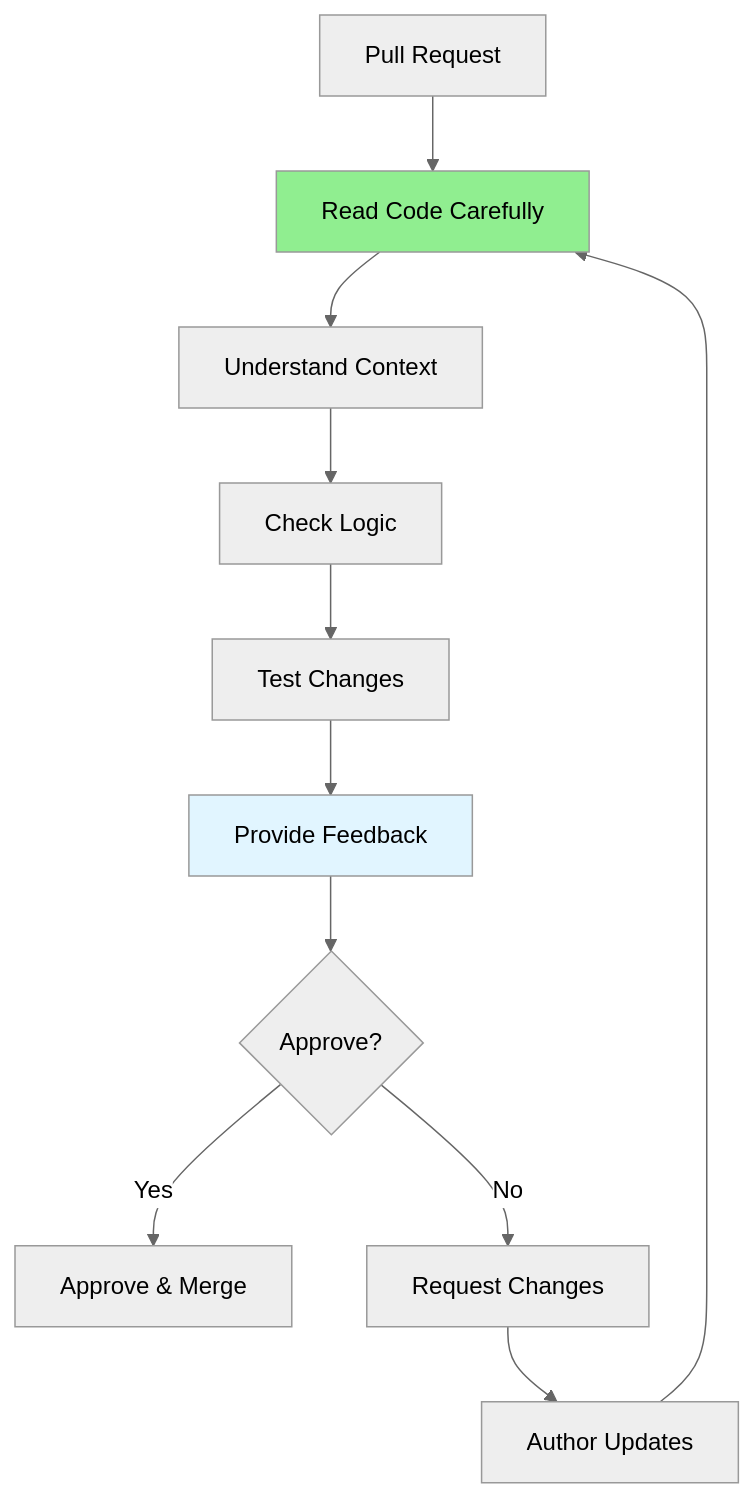
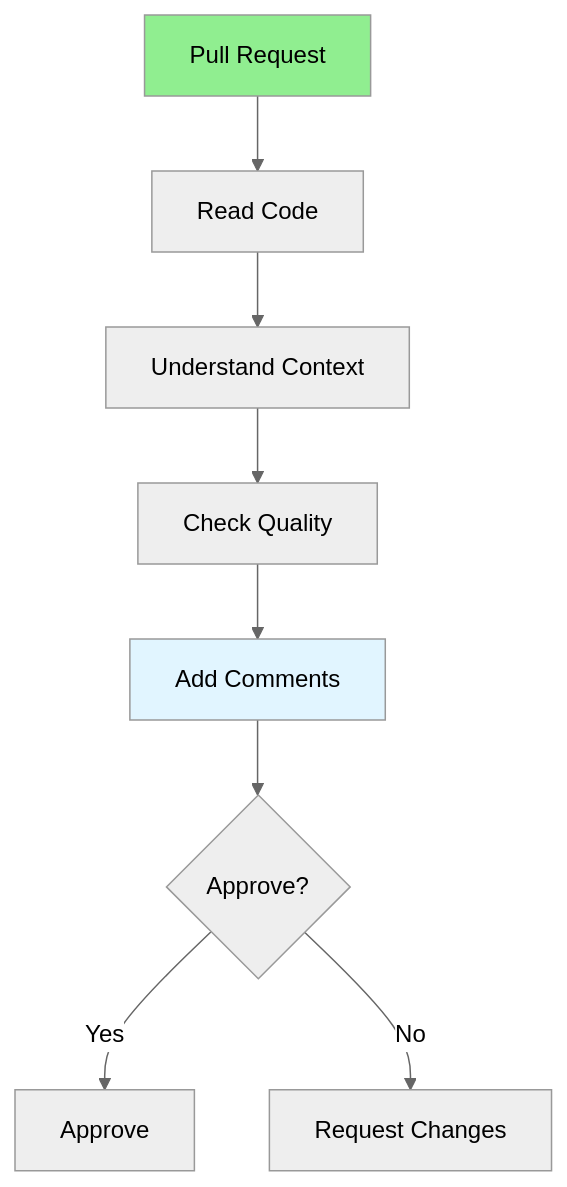
One commit to iouthnamain/tech-note changed the diagram in Full-Stack-Guides/Group-08-Code-Review/08.03_Reviewing_Others_Code.md. Above: the diagram before and after it, drawn with Mermaid (neutral theme). The commit also changed other lines of this file and 480 other files, not shown here.

````diff
--- a/Full-Stack-Guides/Group-08-Code-Review/08.03_Reviewing_Others_Code.md
+++ b/Full-Stack-Guides/Group-08-Code-Review/08.03_Reviewing_Others_Code.md
@@ -22,17 +22,13 @@
 ```mermaid
 flowchart TD
-    PR[Pull Request] --> Read[Read Code Carefully]
+    PR[Pull Request] --> Read[Read Code]
     Read --> Understand[Understand Context]
-    Understand --> Check[Check Logic]
-    Check --> Test[Test Changes]
-    Test --> Feedback[Provide Feedback]
+    Understand --> Check[Check Quality]
+    Check --> Comment[Add Comments]
+    Comment --> Approve{Approve?}
+    Approve -->|Yes| ApprovePR[Approve]
+    Approve -->|No| RequestChanges[Request Changes]
     
-    Feedback --> Approve{Approve?}
-    Approve -->|Yes| Merge[Approve & Merge]
-    Approve -->|No| Request[Request Changes]
-    Request --> Update[Author Updates]
-    Update --> Read
-    
-    style Read fill:#90EE90
-    style Feedback fill:#e1f5ff
+    style PR fill:#90EE90
+    style Comment fill:#e1f5ff
 ```
````
